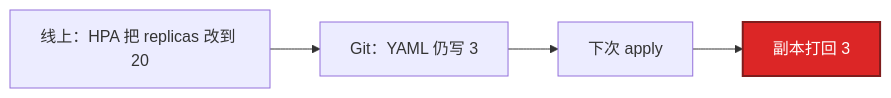
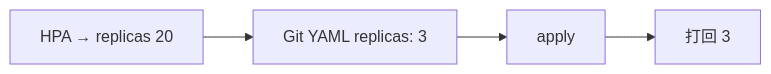
The fourth of 5 diagrams in 04-Kubernetes/07-弹性伸缩/知识点.md (ml-cuizijun/LearnToLilith), drawn with Mermaid before and after one commit. The commit also changed other lines of this file and 107 other files, not shown here.

````diff
--- a/04-Kubernetes/07-弹性伸缩/知识点.md
+++ b/04-Kubernetes/07-弹性伸缩/知识点.md
@@ -339,9 +455,6 @@
 ```mermaid
 flowchart LR
-    A["线上：HPA 把 replicas 改到 20"] --> B["Git：YAML 仍写 3"]
-    B --> C["下次 apply"]
-    C --> D["副本打回 3"]
-
-    classDef bad fill:#DC2626,stroke:#7F1D1D,stroke-width:2px,color:#fff
-    class D bad
+    A["HPA → replicas 20"] --> B["Git YAML replicas: 3"]
+    B --> C["apply"]
+    C --> D["打回 3"]
 ```
````
